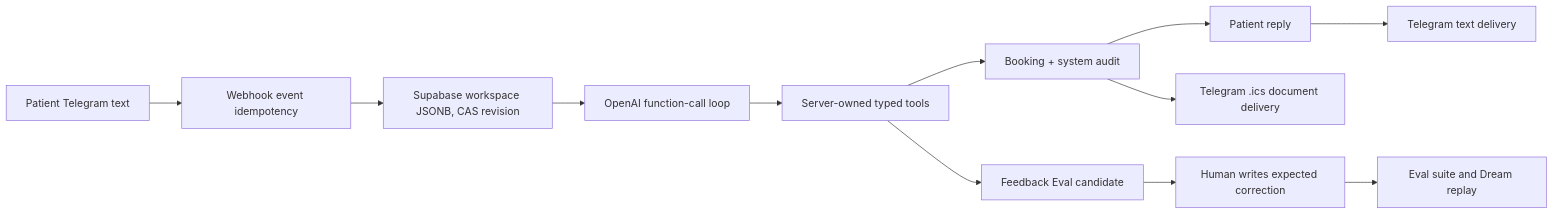
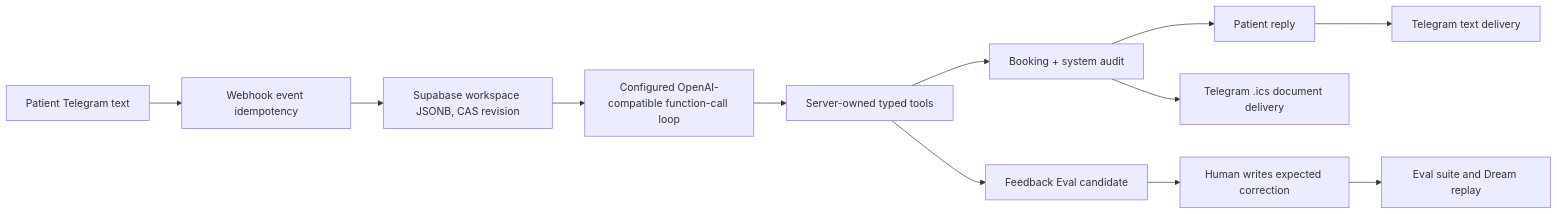
Before and after one commit to BryanTheLai/codex-july-hackathon-official: the diagram in docs/hackathon-mvp-plan.md, drawn with Mermaid. The commit also changed other lines of this file and 21 other files, not shown here.

````diff
--- a/docs/hackathon-mvp-plan.md
+++ b/docs/hackathon-mvp-plan.md
@@ -39,14 +39,14 @@
 ```mermaid
 flowchart LR
   P[Patient Telegram text] --> W[Webhook event idempotency]
   W --> S[Supabase workspace JSONB, CAS revision]
-  S --> A[OpenAI function-call loop]
+  S --> A[Configured OpenAI-compatible function-call loop]
   A --> T[Server-owned typed tools]
   T --> B[Booking + system audit]
   T --> F[Feedback Eval candidate]
   B --> R[Patient reply]
   R --> D[Telegram text delivery]
   B --> C[Telegram .ics document delivery]
   F --> H[Human writes expected correction]
   H --> E[Eval suite and Dream replay]
 ```
````
